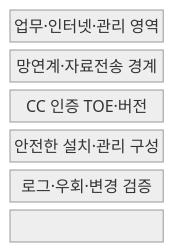
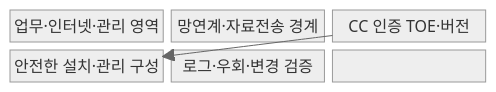
The first of 2 diagrams in src/content/docs/notes/05-security/118_network_separation_cc.md (agnusdei1207/knowledge-base), drawn with Mermaid (neutral theme) before and after one commit. The commit also changed other lines of this file and 20 other files, not shown here.

````diff
--- a/src/content/docs/notes/05-security/118_network_separation_cc.md
+++ b/src/content/docs/notes/05-security/118_network_separation_cc.md
@@ -52,11 +52,11 @@
 ```mermaid
-block-beta
-  columns 1
+block
+  columns 3
   Z["업무·인터넷·관리 영역"]
   G["망연계·자료전송 경계"]
   T["CC 인증 TOE·버전"]
   C["안전한 설치·관리 구성"]
   O["로그·우회·변경 검증"]
-  Z --- G --- T
-  T --- C --- O
+  Z --> G --> C --> O
+  T --> C
 ```
````
